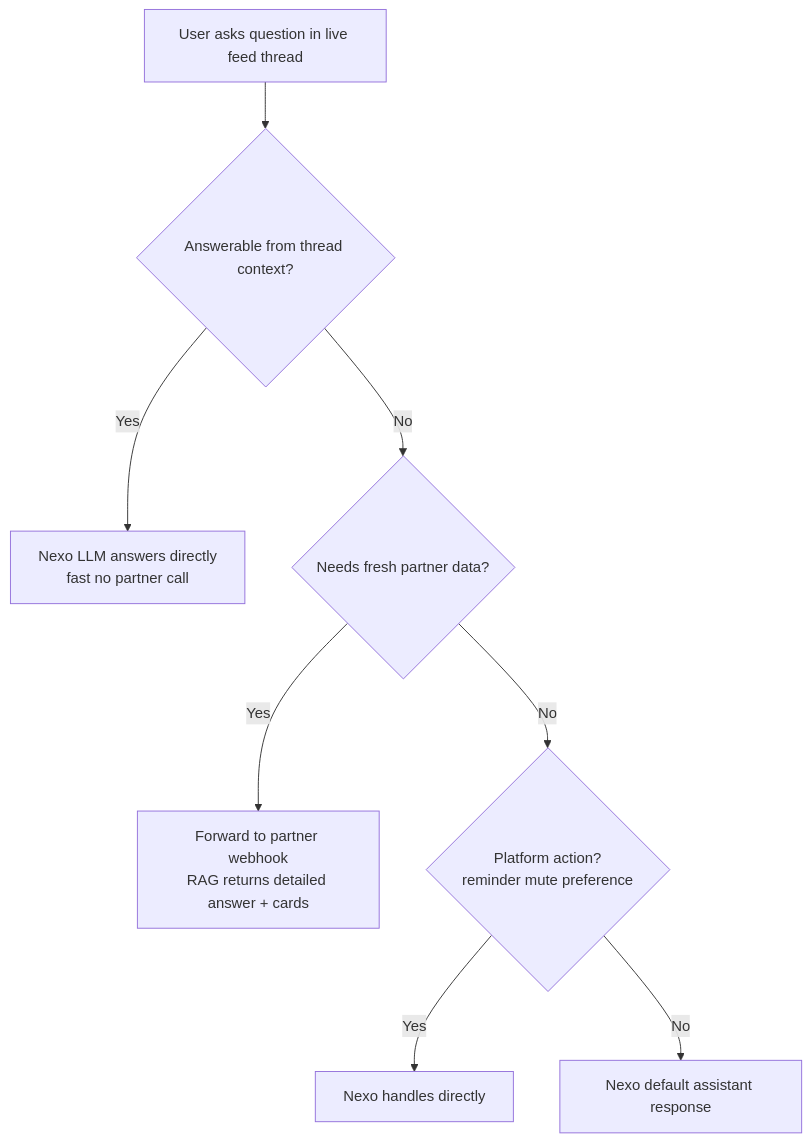
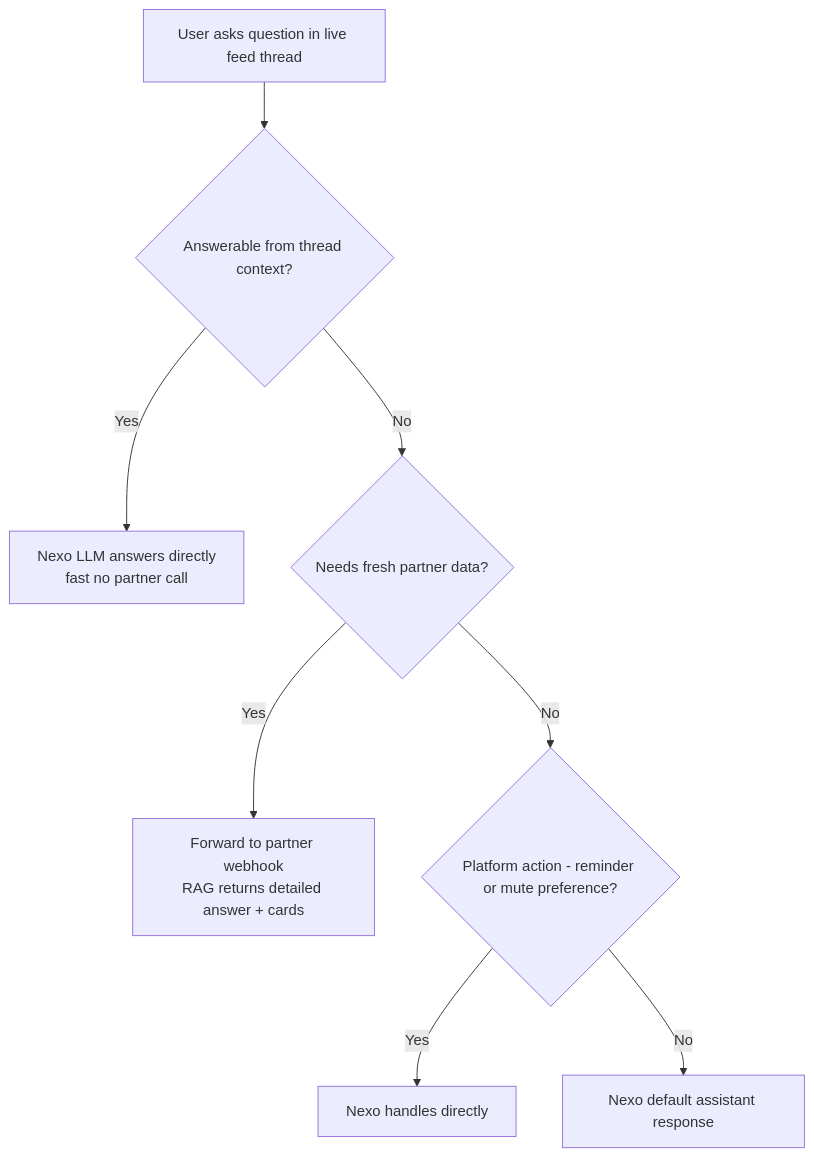
The third of 3 diagrams in docs/design-live-streaming.md (The-Wordlab/luzia-nexo-api), drawn with Mermaid before and after one commit. The commit also changed other lines of this file, not shown here.

Commit message:
Stabilize live-streaming Mermaid diagrams

````diff
--- a/docs/design-live-streaming.md
+++ b/docs/design-live-streaming.md
@@ -125,10 +125,10 @@
 ```mermaid
 flowchart TD
     A[User asks question in live feed thread] --> B{Answerable from thread context?}
     B -- Yes --> C[Nexo LLM answers directly<br/>fast no partner call]
     B -- No --> D{Needs fresh partner data?}
     D -- Yes --> E[Forward to partner webhook<br/>RAG returns detailed answer + cards]
-    D -- No --> F{Platform action?<br/>reminder mute preference}
+    D -- No --> F{Platform action - reminder or mute preference?}
     F -- Yes --> G[Nexo handles directly]
     F -- No --> H[Nexo default assistant response]
 ```
````
